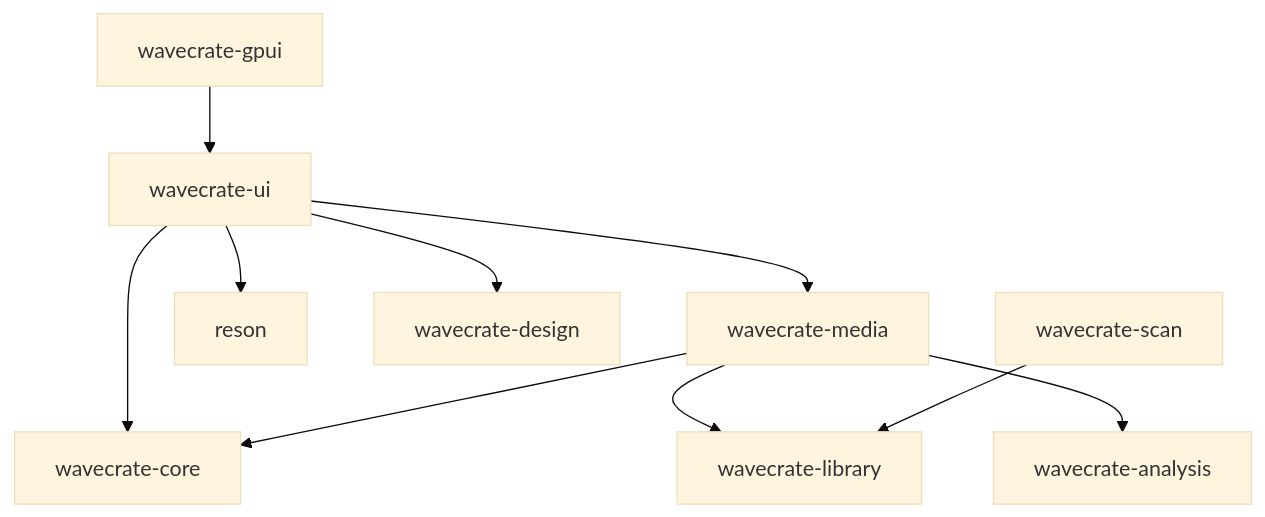
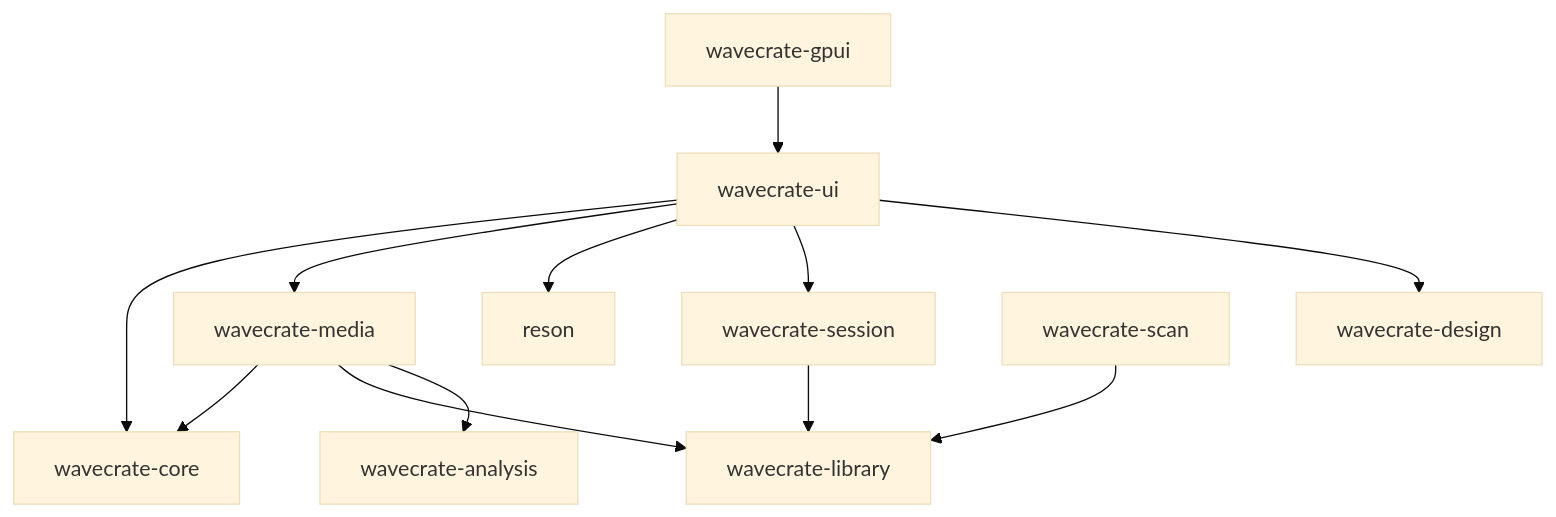
The diagram in docs/GPUI_ARCHITECTURE.md (fromvoid-audio/yield), drawn with Mermaid (base theme) before and after one commit. The commit also changed other lines of this file and 11 other files, not shown here.

````diff
--- a/docs/GPUI_ARCHITECTURE.md
+++ b/docs/GPUI_ARCHITECTURE.md
@@ -27,12 +28,14 @@
 ```mermaid
 flowchart TD
     Launcher[wavecrate-gpui] --> UI[wavecrate-ui]
     UI --> Core[wavecrate-core]
     UI --> Media[wavecrate-media]
     UI --> Audio[reson]
+    UI --> Session[wavecrate-session]
     Media --> Core
     Media --> Library[wavecrate-library]
     Media --> Analysis[wavecrate-analysis]
     UI --> Design[wavecrate-design]
+    Session --> Library
     Scan[wavecrate-scan] --> Library
 ```
````
